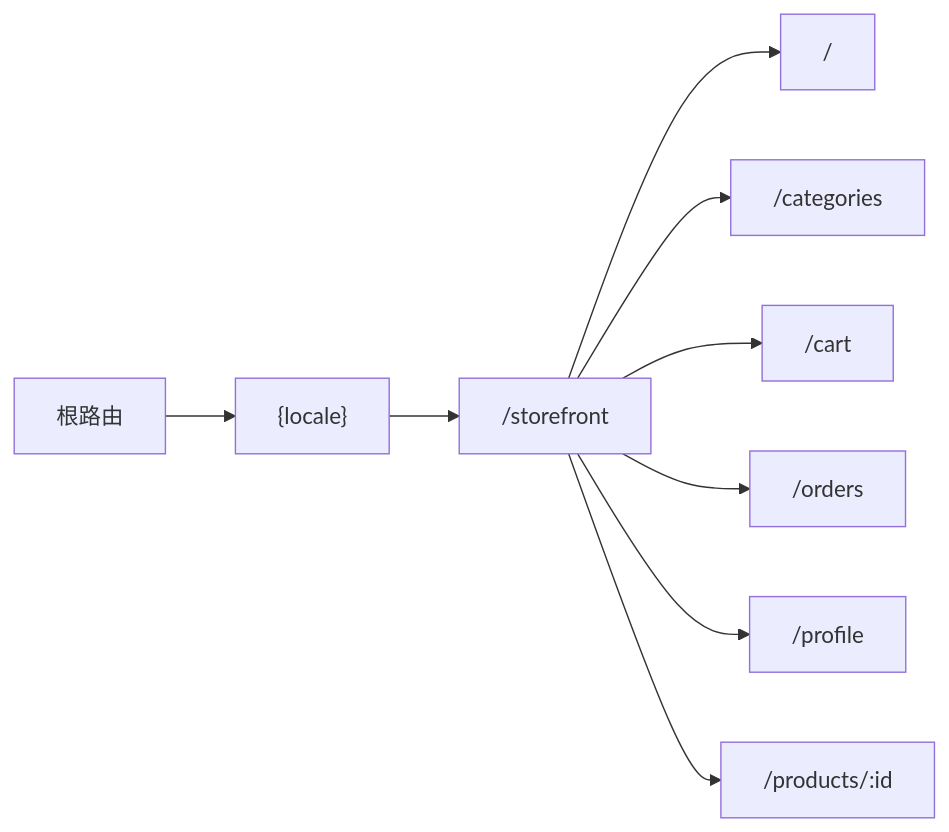
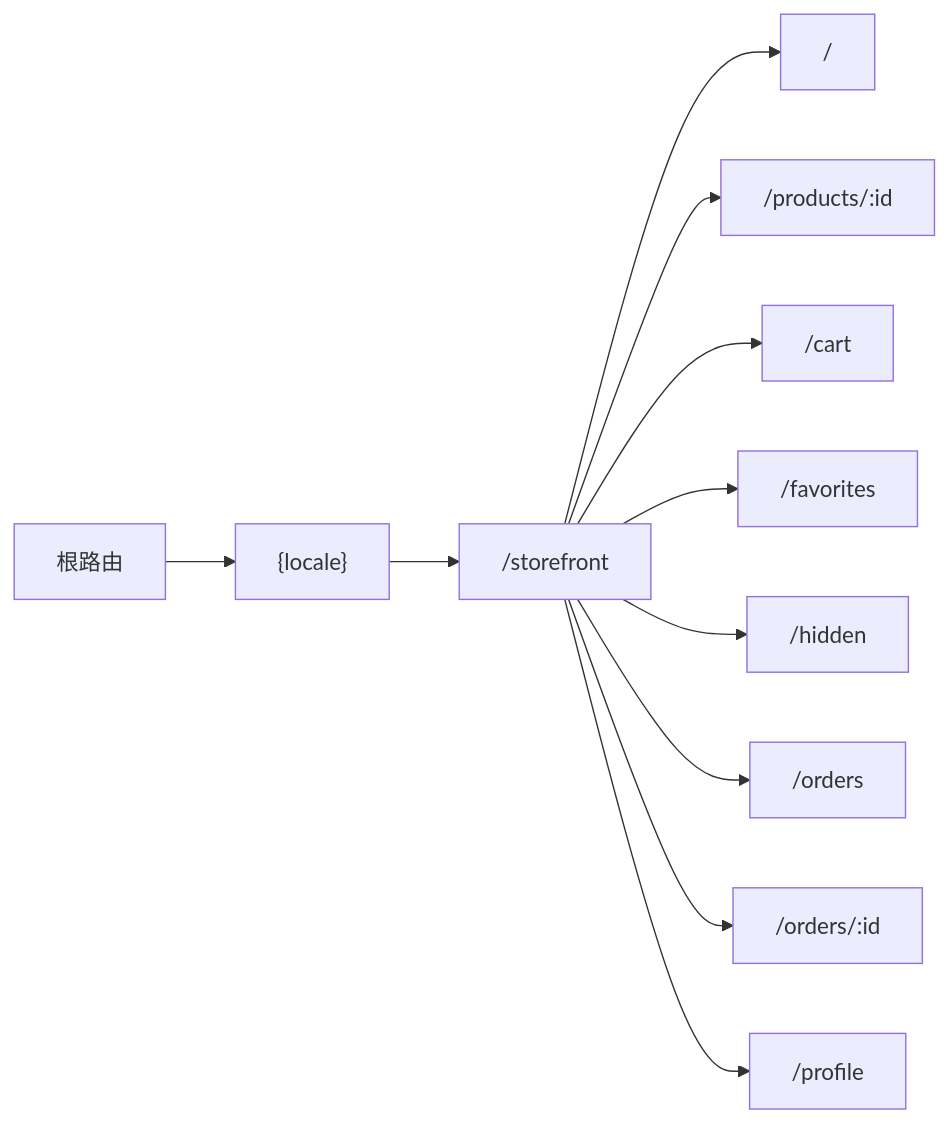
Before and after one commit to three3638-arch/celestia_2b: the ninth of 9 diagrams in .qoder/repowiki/zh/content/前台商店系统/前台商店系统.md, drawn with Mermaid. The commit also changed other lines of this file and 17 other files, not shown here.

````diff
--- a/.qoder/repowiki/zh/content/前台商店系统/前台商店系统.md
+++ b/.qoder/repowiki/zh/content/前台商店系统/前台商店系统.md
@@ -267,11 +507,13 @@
 ```mermaid
 graph LR
 Root["根路由"] --> Locale["{locale}"]
 Locale --> Storefront["/storefront"]
 Storefront --> Home["/"]
-Storefront --> Categories["/categories"]
+Storefront --> Products["/products/:id"]
 Storefront --> Cart["/cart"]
+Storefront --> Favorites["/favorites"]
+Storefront --> Hidden["/hidden"]
 Storefront --> Orders["/orders"]
+Storefront --> OrdersDetail["/orders/:id"]
 Storefront --> Profile["/profile"]
-Storefront --> ProductDetail["/products/:id"]
 ```
````
